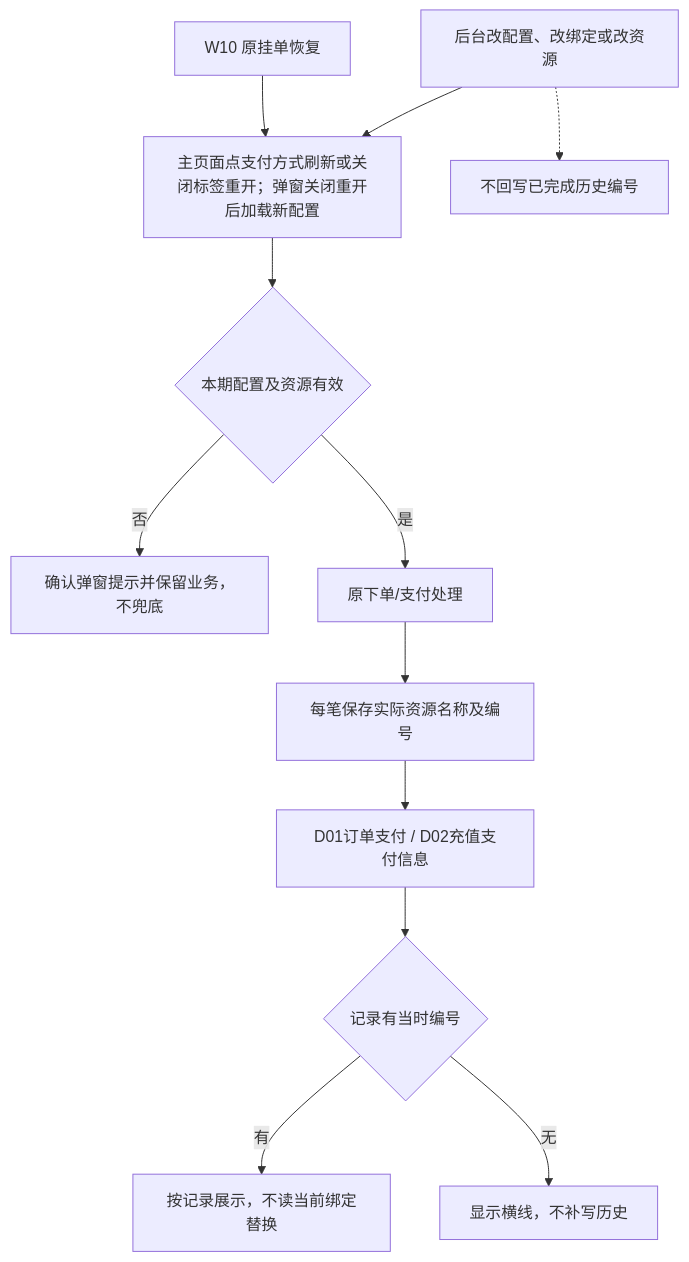
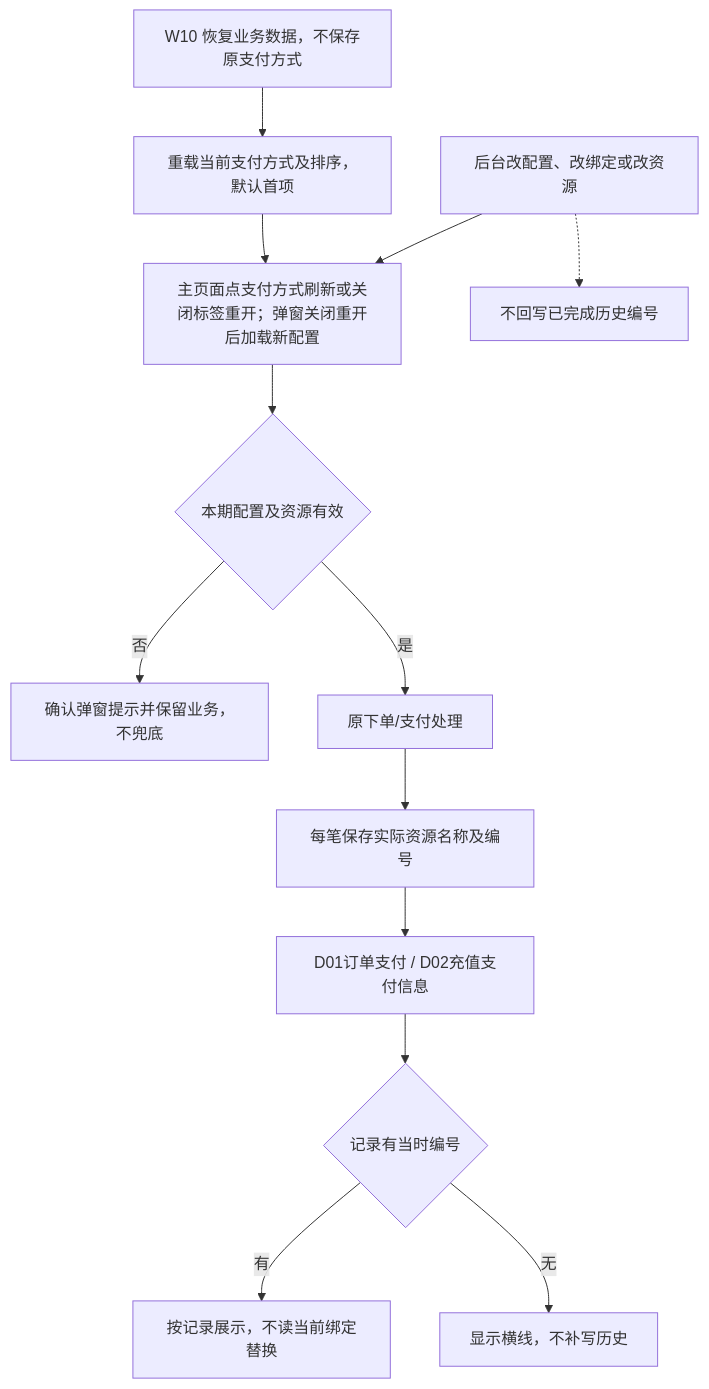
One commit to susantung/yanuoda changed the eighth of 12 diagrams in dev-test-versions/2026-v3.6-payment-configuration-20261019/02-全程流程图.md. Above: the diagram before and after it, drawn with Mermaid. The commit also changed other lines of this file and 15 other files, not shown here.

Commit message:
V3.6：更新开发确认规则、逐页方案与流程图

````diff
--- a/dev-test-versions/2026-v3.6-payment-configuration-20261019/02-全程流程图.md
+++ b/dev-test-versions/2026-v3.6-payment-configuration-20261019/02-全程流程图.md
@@ -218,14 +218,15 @@
 ```mermaid
 flowchart TB
   CHANGE[后台改配置、改绑定或改资源] --> RELOAD[主页面点支付方式刷新或关闭标签重开；弹窗关闭重开后加载新配置]
-  RESTORE[W10 原挂单恢复] --> RELOAD
+  RESTORE[W10 恢复业务数据，不保存原支付方式] --> DEFAULT[重载当前支付方式及排序，默认首项]
+  DEFAULT --> RELOAD
   RELOAD --> VALID{本期配置及资源有效}
   VALID -->|否| ERROR[确认弹窗提示并保留业务，不兜底]
   VALID -->|是| ORIGINAL[原下单/支付处理]
   ORIGINAL --> SNAP[每笔保存实际资源名称及编号]
   SNAP --> DETAIL[D01订单支付 / D02充值支付信息]
   CHANGE -.-> HISTORY[不回写已完成历史编号]
   DETAIL --> OLD{记录有当时编号}
   OLD -->|有| SHOW[按记录展示，不读当前绑定替换]
   OLD -->|无| DASH[显示横线，不补写历史]
 ```
````
